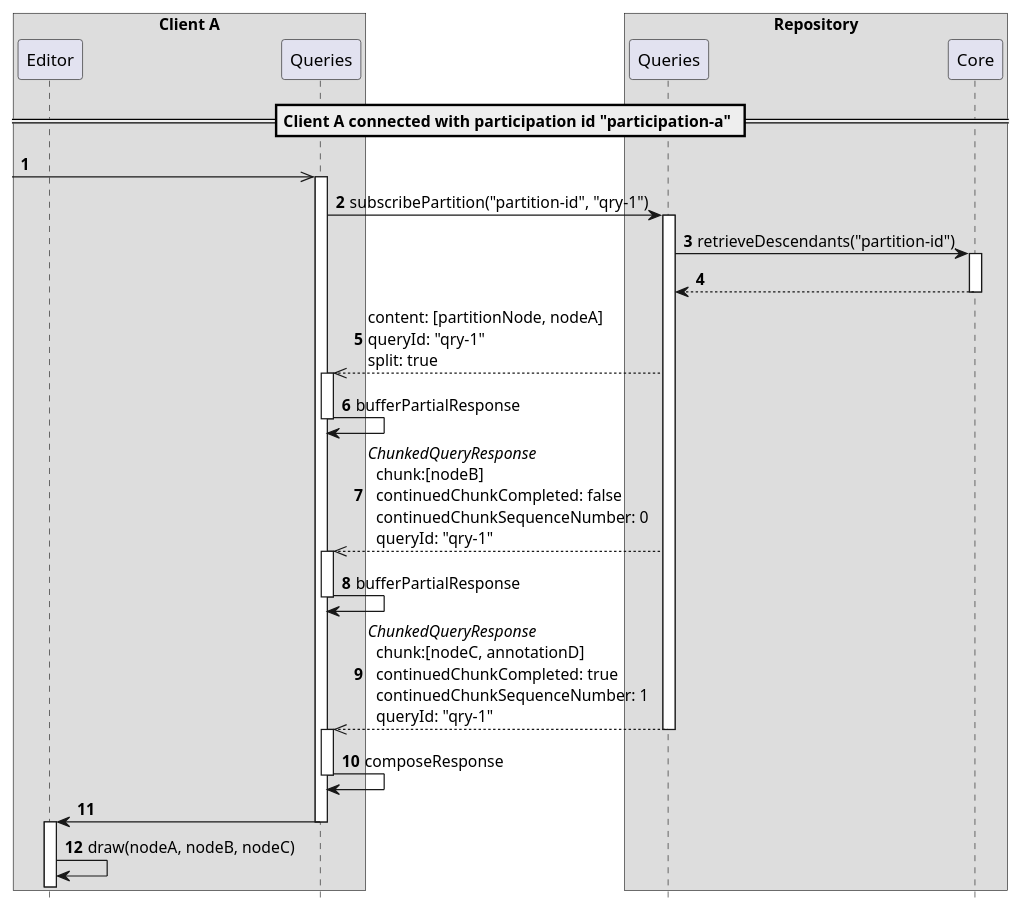
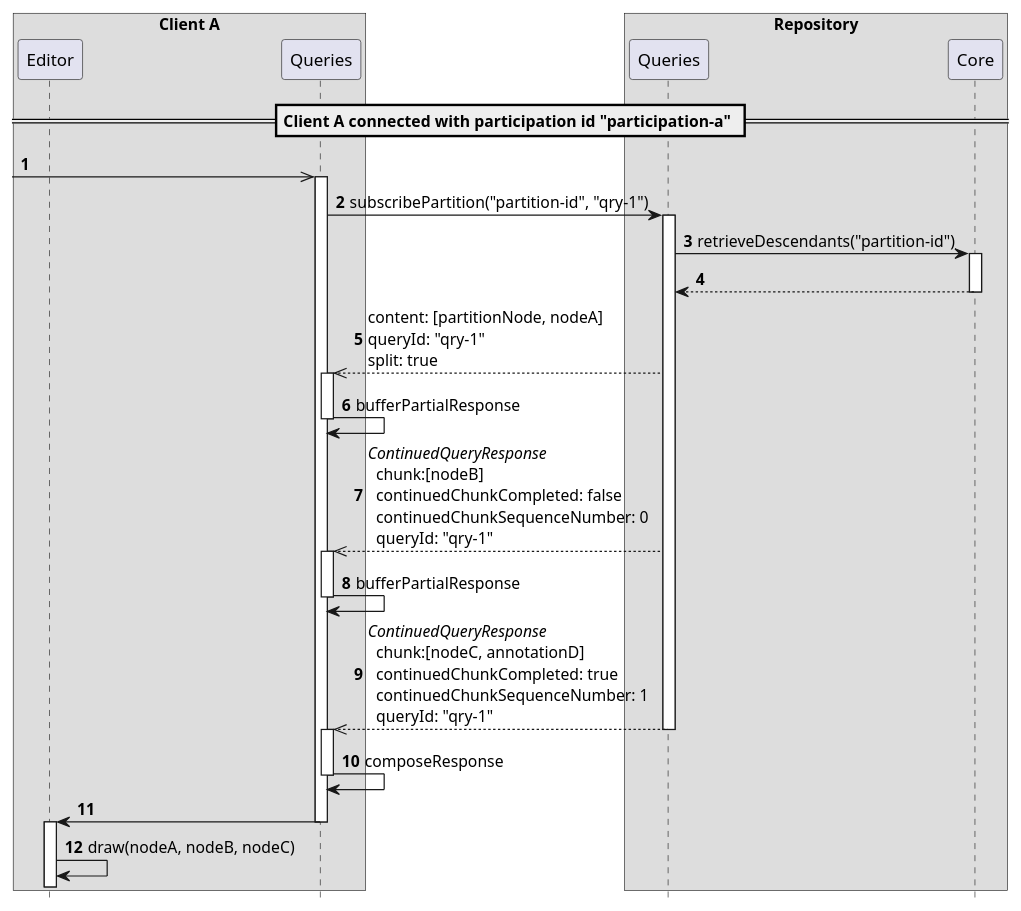
Before and after one commit to LionWeb-io/specification: the diagram in delta/scenarios/splitQueryResponse.adoc, drawn with PlantUML. The commit also changed other lines of this file and 13 other files, not shown here.

```diff
--- a/delta/scenarios/splitQueryResponse.adoc
+++ b/delta/scenarios/splitQueryResponse.adoc
@@ -2,44 +2,44 @@
 [plantuml,splitQueryResponse,svg]
 ----
 hide footbox
 autonumber
 
 box "Client A"
   participant Editor as editor
   participant Queries as clientQuery
 end box
 
 box "Repository"
   participant Queries  as repoQuery
   participant Core as core
 end box
 
 == Client A connected with participation id "participation-a" ==
 
 [->> clientQuery
 activate clientQuery
 clientQuery -> repoQuery ++: subscribePartition("partition-id", "qry-1")
   repoQuery -> core ++: retrieveDescendants("partition-id")
   return
 
 repoQuery -->> clientQuery: content: [partitionNode, nodeA]\nqueryId: "qry-1"\nsplit: true
 activate clientQuery
 clientQuery -> clientQuery: bufferPartialResponse
 deactivate clientQuery
 
-repoQuery -->> clientQuery: <i>ChunkedQueryResponse</i> \n  chunk:[nodeB]\n  continuedChunkCompleted: false\n  continuedChunkSequenceNumber: 0\n  queryId: "qry-1"
+repoQuery -->> clientQuery: <i>ContinuedQueryResponse</i> \n  chunk:[nodeB]\n  continuedChunkCompleted: false\n  continuedChunkSequenceNumber: 0\n  queryId: "qry-1"
 activate clientQuery
 clientQuery -> clientQuery: bufferPartialResponse
 deactivate clientQuery
 
-repoQuery -->> clientQuery: <i>ChunkedQueryResponse</i> \n  chunk:[nodeC, annotationD]\n  continuedChunkCompleted: true\n  continuedChunkSequenceNumber: 1\n  queryId: "qry-1"
+repoQuery -->> clientQuery: <i>ContinuedQueryResponse</i> \n  chunk:[nodeC, annotationD]\n  continuedChunkCompleted: true\n  continuedChunkSequenceNumber: 1\n  queryId: "qry-1"
 deactivate repoQuery
 activate clientQuery
 clientQuery -> clientQuery: composeResponse
 deactivate clientQuery
 
 clientQuery -> editor
 deactivate clientQuery
 activate editor
 editor -> editor: draw(nodeA, nodeB, nodeC)
 ----
```
